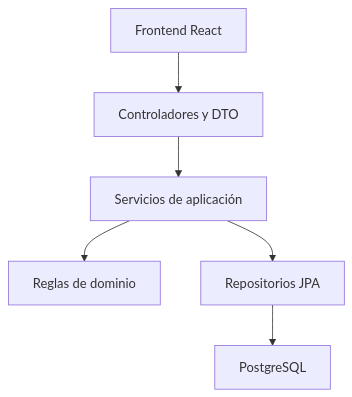
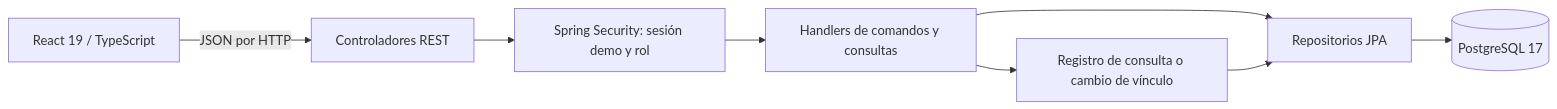
The diagram in docs/05-diseno/arquitectura.md (IF-6100-2026/portal-academico-documentacion), drawn with Mermaid before and after one commit. The commit also changed other lines of this file and 86 other files, not shown here.

````diff
--- a/docs/05-diseno/arquitectura.md
+++ b/docs/05-diseno/arquitectura.md
@@ -11,8 +7,10 @@
 ```mermaid
-flowchart TD
- UI["Frontend React"] --> API["Controladores y DTO"]
- API --> APP["Servicios de aplicación"]
- APP --> DOM["Reglas de dominio"]
- APP --> REP["Repositorios JPA"]
- REP --> DB["PostgreSQL"]
+flowchart LR
+    UI[React 19 / TypeScript] -->|JSON por HTTP| API[Controladores REST]
+    API --> SEC[Spring Security: sesión demo y rol]
+    SEC --> H[Handlers de comandos y consultas]
+    H --> R[Repositorios JPA]
+    R --> DB[(PostgreSQL 17)]
+    H --> AUD[Registro de consulta o cambio de vínculo]
+    AUD --> R
 ```
````
